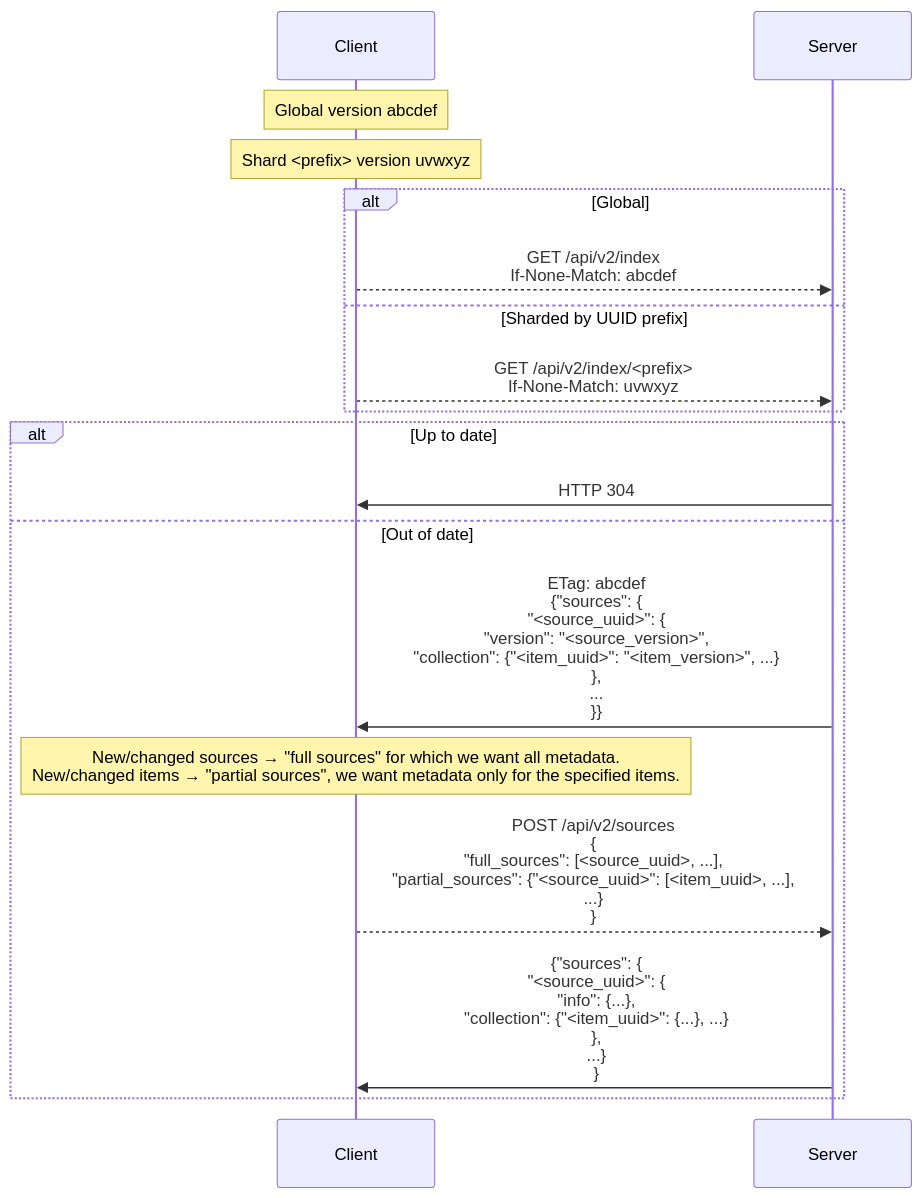
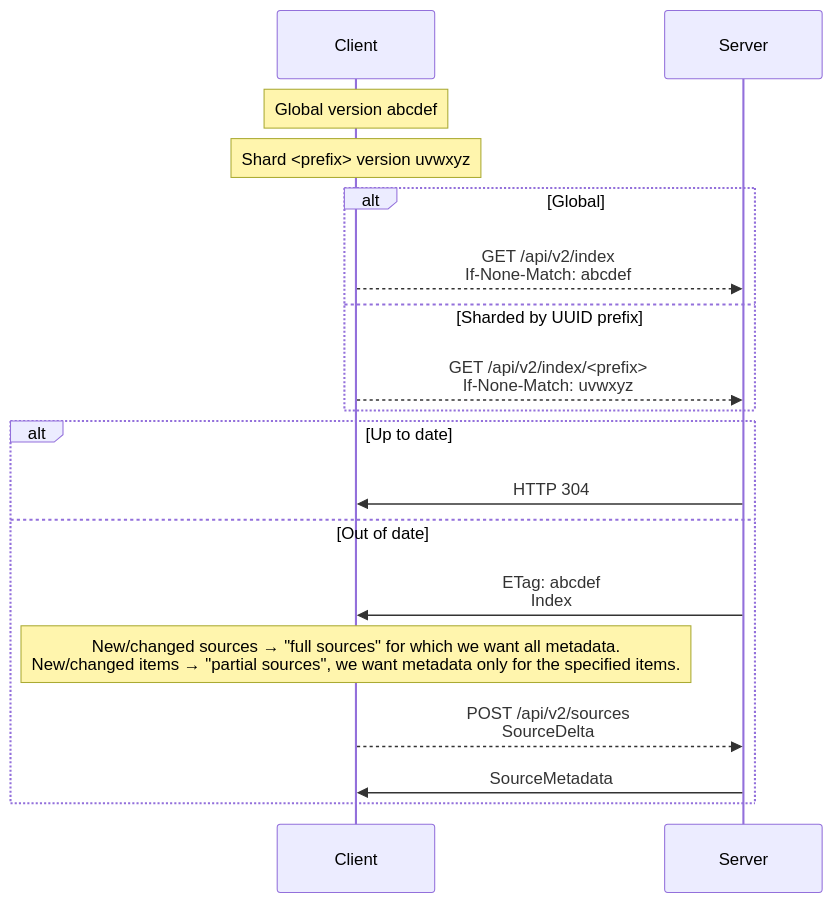
One commit to ppker/securedrop changed the second of 2 diagrams in securedrop/journalist_app/api2/README.md. Above: the diagram before and after it, drawn with Mermaid. The commit also changed other lines of this file and 1 other file, not shown here.

First line of the commit message:
refactor: type and document request/response schemas as mypy types

````diff
--- a/securedrop/journalist_app/api2/README.md
+++ b/securedrop/journalist_app/api2/README.md
@@ -38,23 +41,23 @@
 ```mermaid
 sequenceDiagram
 participant Client
 participant Server
 
 Note over Client: Global version abcdef
 Note over Client: Shard <prefix> version uvwxyz
 
 alt Global
     Client -->> Server: GET /api/v2/index<br>If-None-Match: abcdef
 else Sharded by UUID prefix
     Client -->> Server: GET /api/v2/index/<prefix><br>If-None-Match: uvwxyz
 end
 
 alt Up to date
     Server ->> Client: HTTP 304
 else Out of date
-    Server ->> Client: ETag: abcdef<br>{"sources": {<br>"<source_uuid>": {<br>"version": "<source_version>",<br>"collection": {"<item_uuid>": "<item_version>", ...}<br>},<br>...<br>}}
+    Server ->> Client: ETag: abcdef<br>Index
     Note over Client: New/changed sources → "full sources" for which we want all metadata.<br>New/changed items → "partial sources",  we want metadata only for the specified items.
-    Client -->> Server: POST /api/v2/sources<br>{<br>"full_sources": [<source_uuid>, ...],<br>"partial_sources": {"<source_uuid>": [<item_uuid>, ...],<br>...}<br>}
-    Server ->> Client: {"sources": {<br>"<source_uuid>": {<br>"info": {...},<br>"collection": {"<item_uuid>": {...}, ...}<br>},<br>...}<br>}
+    Client -->> Server: POST /api/v2/sources<br>SourceDelta
+    Server ->> Client: SourceMetadata
 end
 ```
````
